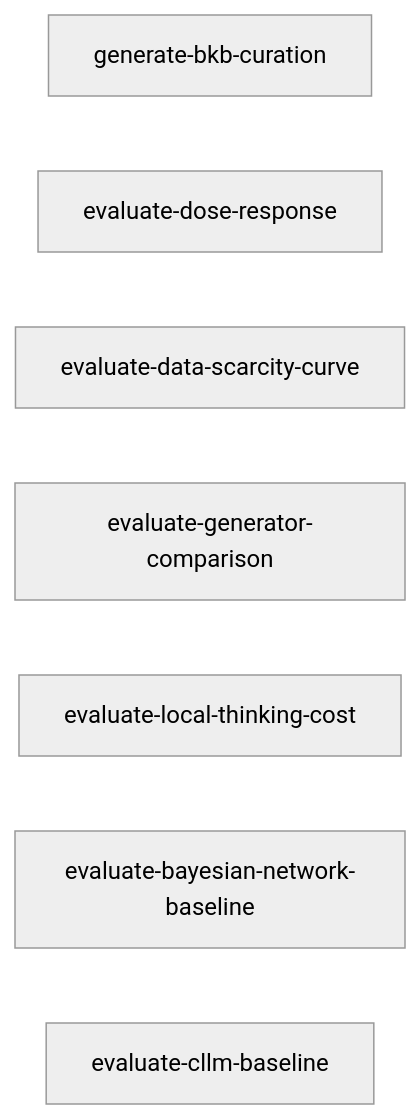
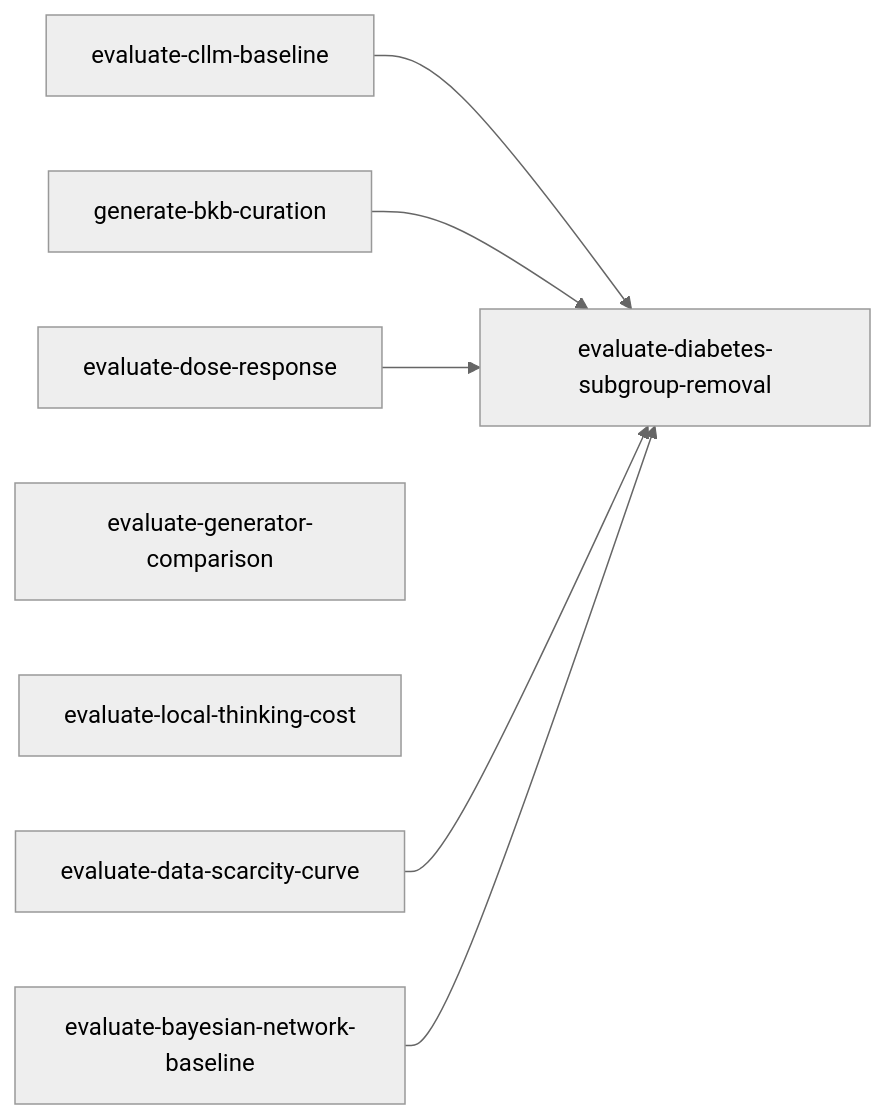
The diagram in tasks/experiments-index.md (joe-dartmouth/synthetic), drawn with Mermaid (neutral theme) before and after one commit. The commit also changed other lines of this file and 8 other files, not shown here.

Commit message:
Record UCI's limits and plan a Diabetes 130 removal unit

````diff
--- a/tasks/experiments-index.md
+++ b/tasks/experiments-index.md
@@ -36,10 +37,15 @@
 ```mermaid
 flowchart LR
     bkb_curation[generate-bkb-curation]
     dose_response[evaluate-dose-response]
     scarcity_curve[evaluate-data-scarcity-curve]
     generator_comparison[evaluate-generator-comparison]
     local_thinking[evaluate-local-thinking-cost]
     bn_baseline[evaluate-bayesian-network-baseline]
     cllm_baseline[evaluate-cllm-baseline]
+    cllm_baseline[evaluate-cllm-baseline] --> diabetes_removal[evaluate-diabetes-subgroup-removal]
+    bkb_curation[generate-bkb-curation] --> diabetes_removal
+    dose_response[evaluate-dose-response] --> diabetes_removal
+    scarcity_curve[evaluate-data-scarcity-curve] --> diabetes_removal
+    bn_baseline[evaluate-bayesian-network-baseline] --> diabetes_removal
 ```
````
